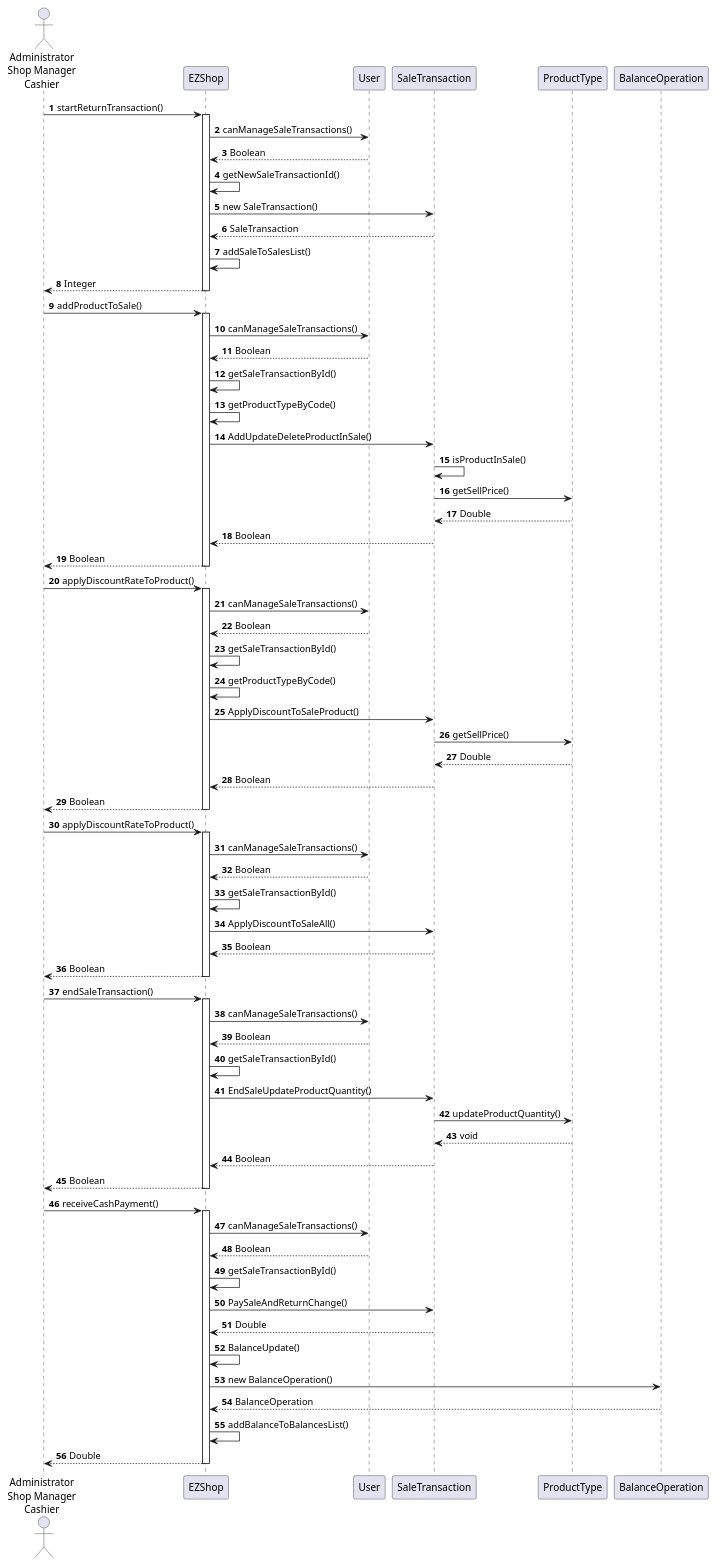
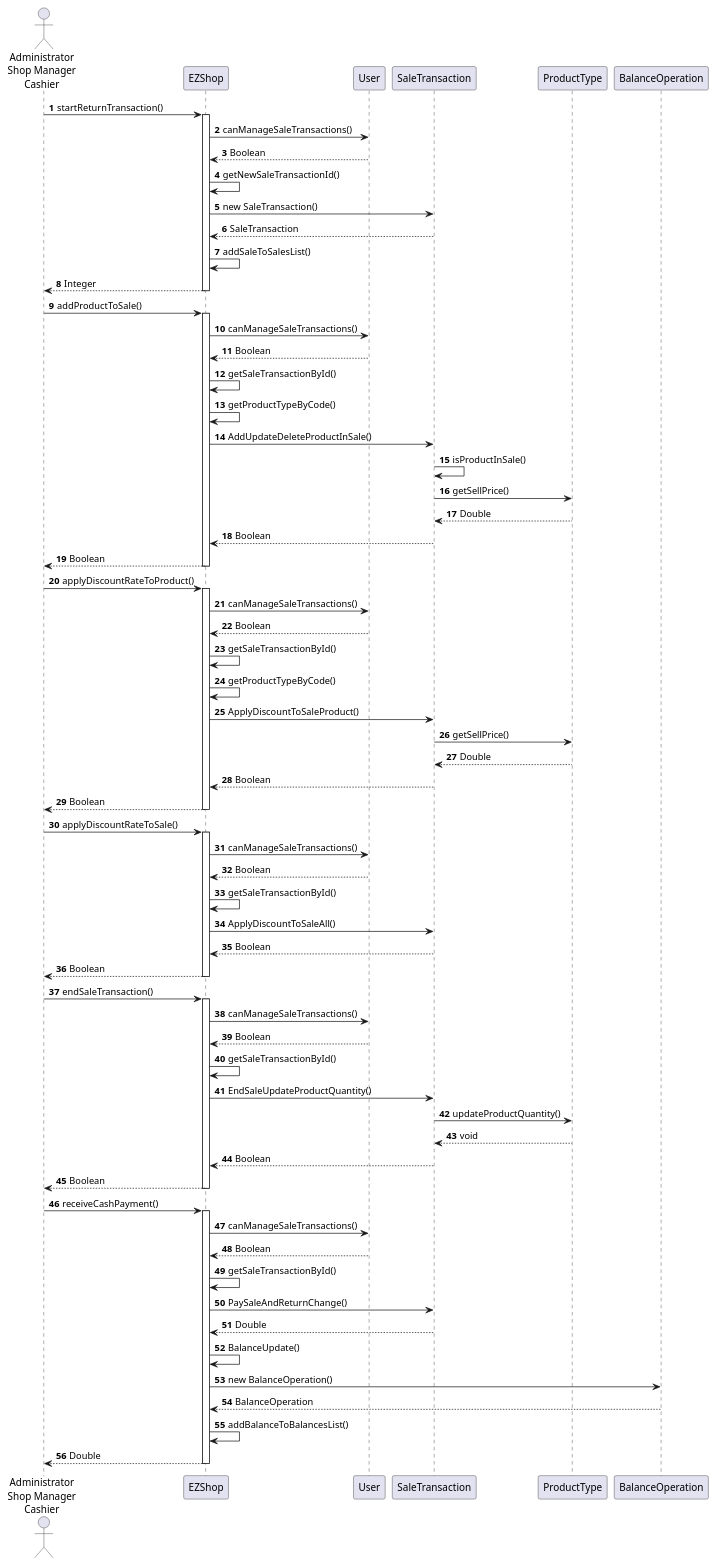
The tenth of 15 diagrams in Deliverables/DesignDocument.md (gioele-scaletta/EZShop-Software-Engineering-Project), drawn with PlantUML before and after one commit.

Commit message:
UC_6_seq_diagram_0.2

````diff
--- a/Deliverables/DesignDocument.md
+++ b/Deliverables/DesignDocument.md
@@ -390,80 +390,80 @@
 ```plantuml
 actor "Administrator\nShop Manager\nCashier" as user
 
 autonumber
 
 user -> EZShop : startReturnTransaction()
 activate  EZShop
 EZShop -> User : canManageSaleTransactions()
 EZShop <-- User : Boolean
 EZShop -> EZShop : getNewSaleTransactionId()
 EZShop -> SaleTransaction : new SaleTransaction()
 EZShop <-- SaleTransaction : SaleTransaction
 EZShop -> EZShop : addSaleToSalesList()
 user <-- EZShop : Integer
 deactivate EZShop
 
 user -> EZShop : addProductToSale()
 activate  EZShop
 EZShop -> User : canManageSaleTransactions()
 EZShop <-- User : Boolean
 EZShop -> EZShop : getSaleTransactionById()
 EZShop-> EZShop : getProductTypeByCode()
 EZShop -> SaleTransaction : AddUpdateDeleteProductInSale()
 SaleTransaction -> SaleTransaction : isProductInSale()
 SaleTransaction -> ProductType : getSellPrice()
 SaleTransaction <-- ProductType : Double
 EZShop <-- SaleTransaction : Boolean
 user <-- EZShop : Boolean
 deactivate EZShop
 
 user -> EZShop : applyDiscountRateToProduct()
 activate  EZShop
 EZShop -> User : canManageSaleTransactions()
 EZShop <-- User : Boolean
 EZShop -> EZShop : getSaleTransactionById()
 EZShop-> EZShop : getProductTypeByCode()
 EZShop -> SaleTransaction : ApplyDiscountToSaleProduct()
 SaleTransaction -> ProductType : getSellPrice()
 SaleTransaction <-- ProductType : Double
 EZShop <-- SaleTransaction : Boolean
 user <-- EZShop : Boolean
 deactivate EZShop
 
-user -> EZShop : applyDiscountRateToProduct()
+user -> EZShop : applyDiscountRateToSale()
 activate  EZShop
 EZShop -> User : canManageSaleTransactions()
 EZShop <-- User : Boolean
 EZShop -> EZShop : getSaleTransactionById()
 EZShop -> SaleTransaction : ApplyDiscountToSaleAll()
 EZShop <-- SaleTransaction : Boolean
 user <-- EZShop : Boolean
 deactivate EZShop
 
 user -> EZShop : endSaleTransaction()
 activate  EZShop
 EZShop -> User : canManageSaleTransactions()
 EZShop <-- User : Boolean
 EZShop -> EZShop : getSaleTransactionById()
 EZShop -> SaleTransaction : EndSaleUpdateProductQuantity()
 SaleTransaction -> ProductType : updateProductQuantity()
 SaleTransaction <-- ProductType : void
 EZShop <-- SaleTransaction : Boolean
 user <-- EZShop : Boolean
 deactivate EZShop
 
 user -> EZShop : receiveCashPayment()
 activate  EZShop
 EZShop -> User : canManageSaleTransactions()
 EZShop <-- User : Boolean
 EZShop -> EZShop : getSaleTransactionById()
 EZShop -> SaleTransaction : PaySaleAndReturnChange()
 EZShop <-- SaleTransaction : Double
 EZShop -> EZShop : BalanceUpdate()
 EZShop -> BalanceOperation : new BalanceOperation()
 EZShop <-- BalanceOperation : BalanceOperation
 EZShop -> EZShop : addBalanceToBalancesList()
 user <-- EZShop : Double
 deactivate EZShop
 
 ```
````
